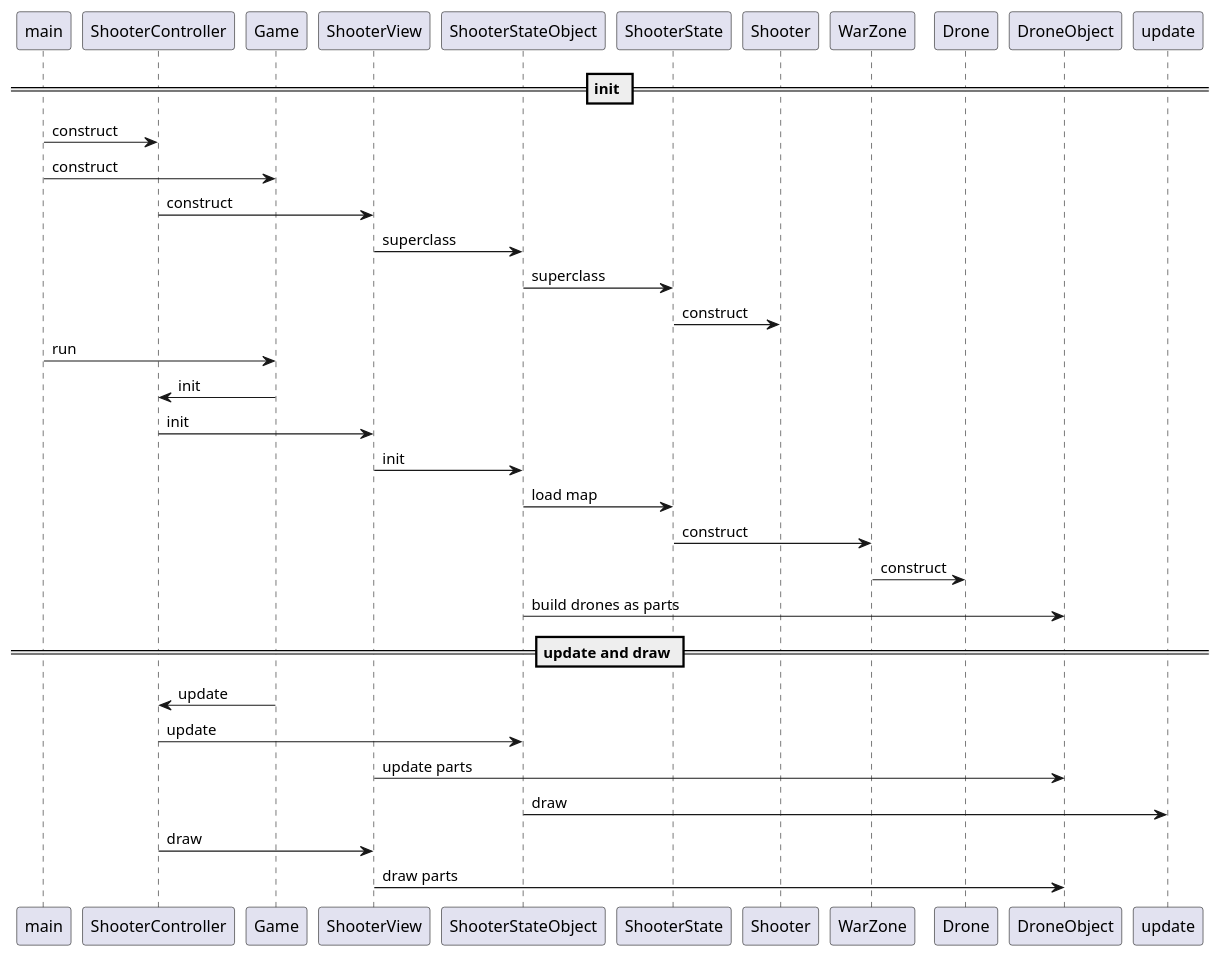
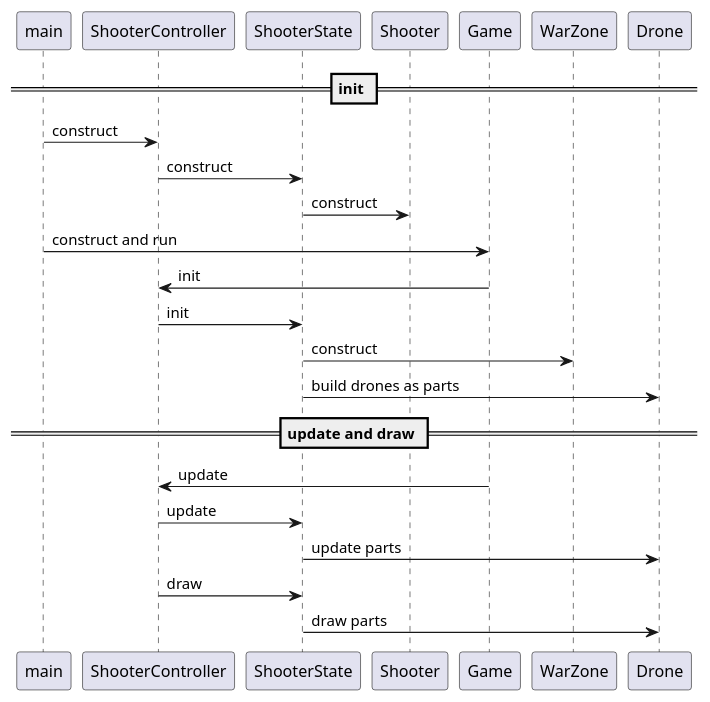
The second of 2 diagrams in shooter/design.md (wduminy/GameEx), drawn with PlantUML before and after one commit. The commit also changed other lines of this file and 12 other files, not shown here.

```diff
--- a/shooter/design.md
+++ b/shooter/design.md
@@ -77,24 +68,17 @@
 @startuml
 == init ==
 main -> ShooterController : construct
-main -> Game : construct
-ShooterController -> ShooterView : construct
-ShooterView -> ShooterStateObject : superclass
-ShooterStateObject -> ShooterState : superclass
+ShooterController ->  ShooterState : construct
 ShooterState -> Shooter : construct
-main -> Game: run
+main -> Game : construct and run
 Game -> ShooterController: init
-ShooterController -> ShooterView: init
-ShooterView -> ShooterStateObject: init
-ShooterStateObject ->ShooterState: load map
+ShooterController -> ShooterState: init
 ShooterState -> WarZone: construct
-WarZone -> Drone: construct
-ShooterStateObject -> DroneObject: build drones as parts
+ShooterState -> Drone: build drones as parts
 == update and draw ==
 Game -> ShooterController : update
-ShooterController -> ShooterStateObject: update 
-ShooterView -> DroneObject : update parts
-ShooterStateObject -> update : draw
-ShooterController -> ShooterView : draw
-ShooterView -> DroneObject : draw parts
+ShooterController -> ShooterState: update 
+ShooterState -> Drone : update parts
+ShooterController -> ShooterState : draw
+ShooterState -> Drone : draw parts
 @enduml
```
